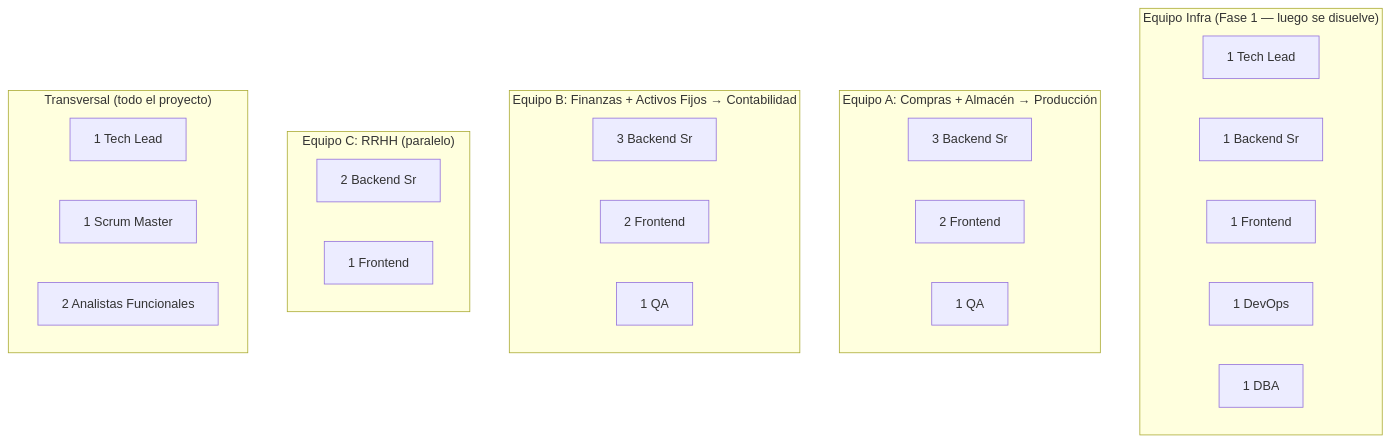
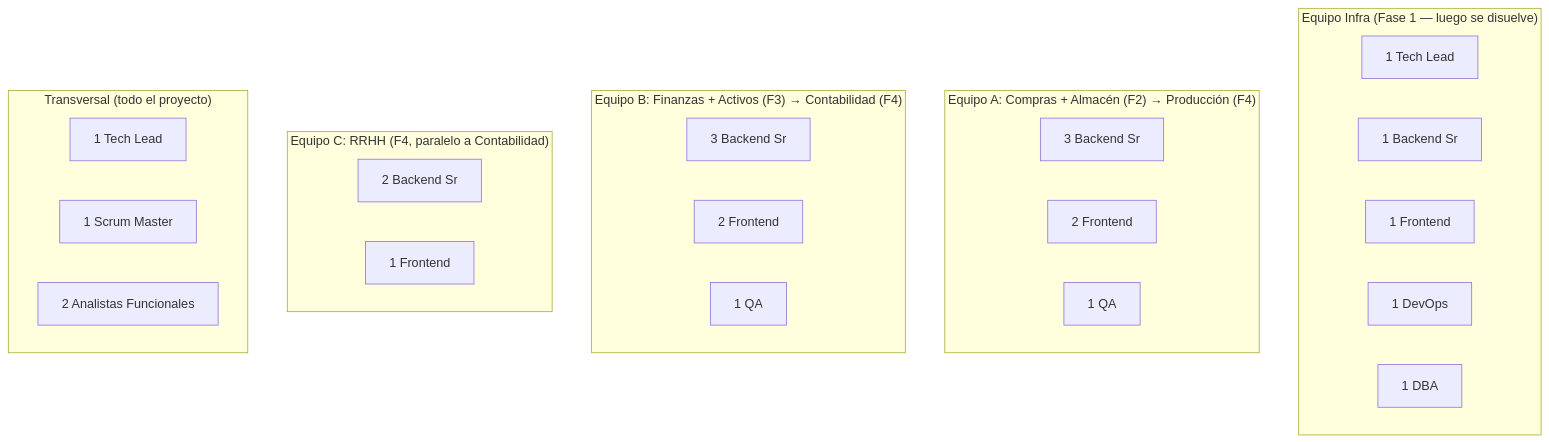
The second of 11 diagrams in restaurante.pe/ROADMAP_RESTAURANT_PE.md (jramirezch1978/sigre_web), drawn with Mermaid before and after one commit. The commit also changed other lines of this file, not shown here.

Commit message:
refactor: Reorganizar fases del roadmap - Maestros, Compras+Almacen, Finanzas+Activos, RRHH+Contabilidad+Produccion en paralelo al final

````diff
--- a/restaurante.pe/ROADMAP_RESTAURANT_PE.md
+++ b/restaurante.pe/ROADMAP_RESTAURANT_PE.md
@@ -48,29 +49,29 @@
 ```mermaid
 flowchart TB
     subgraph Equipo_Infra["Equipo Infra (Fase 1 — luego se disuelve)"]
         I1[1 Tech Lead]
         I2[1 Backend Sr]
         I3[1 Frontend]
         I4[1 DevOps]
         I5[1 DBA]
     end
-    subgraph Equipo_A["Equipo A: Compras + Almacén → Producción"]
+    subgraph Equipo_A["Equipo A: Compras + Almacén (F2) → Producción (F4)"]
         A1[3 Backend Sr]
         A2[2 Frontend]
         A3[1 QA]
     end
-    subgraph Equipo_B["Equipo B: Finanzas + Activos Fijos → Contabilidad"]
+    subgraph Equipo_B["Equipo B: Finanzas + Activos (F3) → Contabilidad (F4)"]
         B1[3 Backend Sr]
         B2[2 Frontend]
         B3[1 QA]
     end
-    subgraph Equipo_C["Equipo C: RRHH (paralelo)"]
+    subgraph Equipo_C["Equipo C: RRHH (F4, paralelo a Contabilidad)"]
         C1[2 Backend Sr]
         C2[1 Frontend]
     end
     subgraph Transversal["Transversal (todo el proyecto)"]
         T1[1 Tech Lead]
         T2[1 Scrum Master]
         T3[2 Analistas Funcionales]
     end
 ```
````
